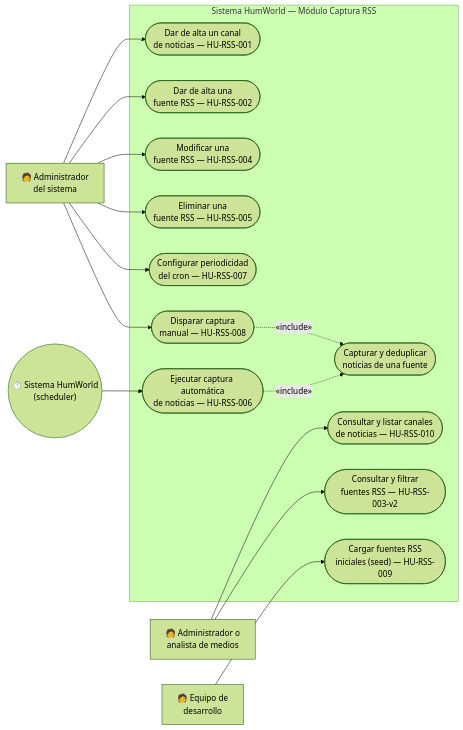
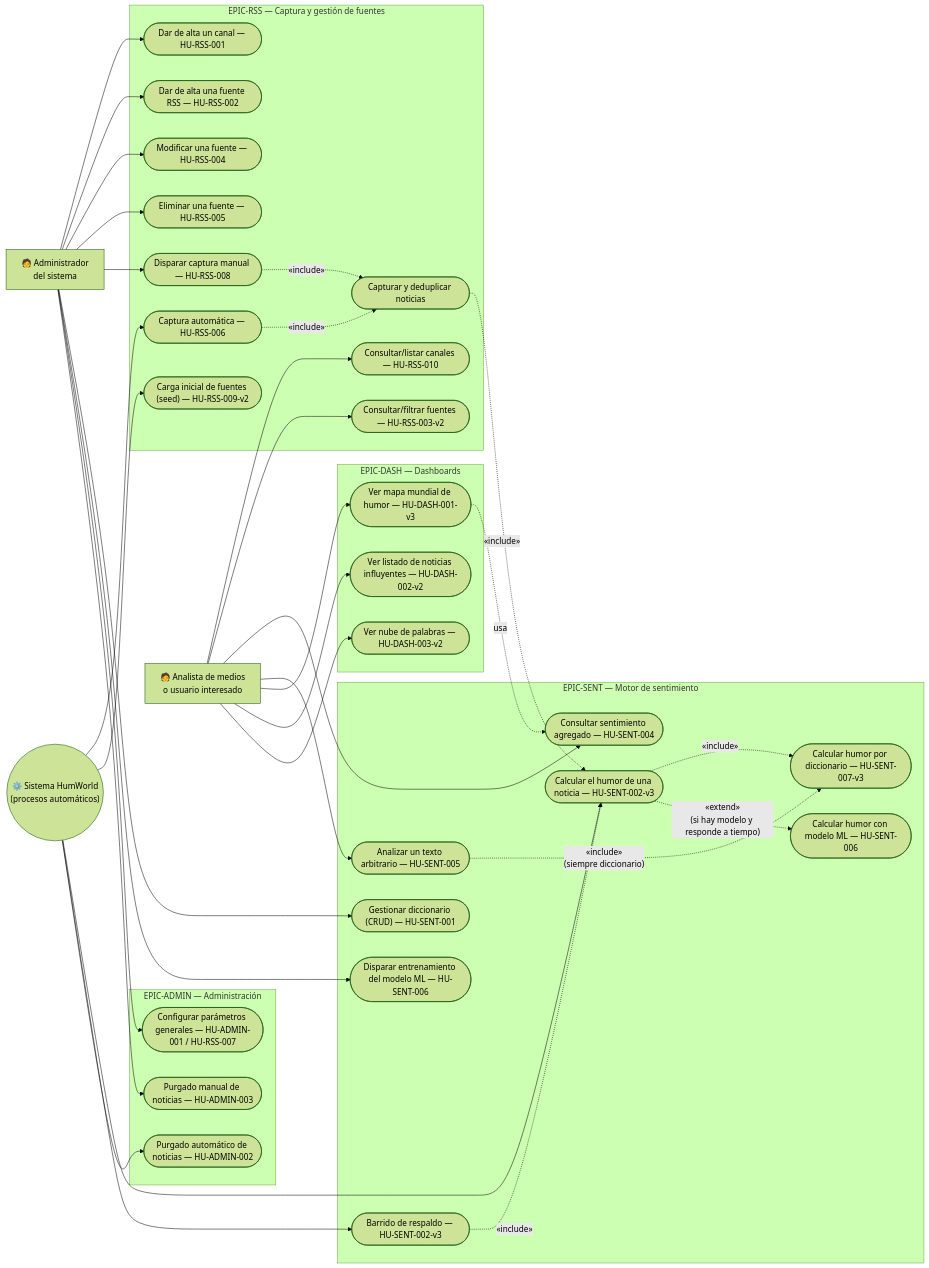
One commit to Lin0u/Equipo3-Humworld changed the diagram in docs/UML/diagrama-casos-de-uso.md. Above: the diagram before and after it, drawn with Mermaid (forest theme). The commit also changed other lines of this file and 24 other files, not shown here.

````diff
--- a/docs/UML/diagrama-casos-de-uso.md
+++ b/docs/UML/diagrama-casos-de-uso.md
@@ -19,35 +20,73 @@
 ```mermaid
 flowchart LR
     Admin["🧑 Administrador\ndel sistema"]
-    Analista["🧑 Administrador o\nanalista de medios"]
-    Cron(("⏱️ Sistema HumWorld\n(scheduler)"))
-    Dev["🧑 Equipo de\ndesarrollo"]
+    Analista["🧑 Analista de medios\no usuario interesado"]
+    Sistema(("⚙️ Sistema HumWorld\n(procesos automáticos)"))
 
-    subgraph SYS["Sistema HumWorld — Módulo Captura RSS"]
-        UC1(["Dar de alta un canal\nde noticias — HU-RSS-001"])
-        UC10(["Consultar y listar canales\nde noticias — HU-RSS-010"])
-        UC2(["Dar de alta una\nfuente RSS — HU-RSS-002"])
-        UC3(["Consultar y filtrar\nfuentes RSS — HU-RSS-003-v2"])
-        UC4(["Modificar una\nfuente RSS — HU-RSS-004"])
-        UC5(["Eliminar una\nfuente RSS — HU-RSS-005"])
-        UC7(["Configurar periodicidad\ndel cron — HU-RSS-007"])
-        UC8(["Disparar captura\nmanual — HU-RSS-008"])
-        UC6(["Ejecutar captura automática\nde noticias — HU-RSS-006"])
-        UC9(["Cargar fuentes RSS\niniciales (seed) — HU-RSS-009"])
-        UCcapt(["Capturar y deduplicar\nnoticias de una fuente"])
+    subgraph RSS["EPIC-RSS — Captura y gestión de fuentes"]
+        UC1(["Dar de alta un canal — HU-RSS-001"])
+        UC10(["Consultar/listar canales — HU-RSS-010"])
+        UC2(["Dar de alta una fuente RSS — HU-RSS-002"])
+        UC3(["Consultar/filtrar fuentes — HU-RSS-003-v2"])
+        UC4(["Modificar una fuente — HU-RSS-004"])
+        UC5(["Eliminar una fuente — HU-RSS-005"])
+        UC8(["Disparar captura manual — HU-RSS-008"])
+        UC6(["Captura automática — HU-RSS-006"])
+        UC9(["Carga inicial de fuentes (seed) — HU-RSS-009-v2"])
+        UCcapt(["Capturar y deduplicar noticias"])
+    end
+
+    subgraph SENT["EPIC-SENT — Motor de sentimiento"]
+        UCS1(["Gestionar diccionario (CRUD) — HU-SENT-001"])
+        UCS4(["Consultar sentimiento agregado — HU-SENT-004"])
+        UCS5(["Analizar un texto arbitrario — HU-SENT-005"])
+        UCS6(["Disparar entrenamiento del modelo ML — HU-SENT-006"])
+        UCS2(["Calcular el humor de una noticia — HU-SENT-002-v3"])
+        UCBarrido(["Barrido de respaldo — HU-SENT-002-v3"])
+        UCDicc(["Calcular humor por diccionario — HU-SENT-007-v3"])
+        UCML(["Calcular humor con modelo ML — HU-SENT-006"])
+    end
+
+    subgraph DASH["EPIC-DASH — Dashboards"]
+        UCD1(["Ver mapa mundial de humor — HU-DASH-001-v3"])
+        UCD2(["Ver listado de noticias influyentes — HU-DASH-002-v2"])
+        UCD3(["Ver nube de palabras — HU-DASH-003-v2"])
+    end
+
+    subgraph ADMIN["EPIC-ADMIN — Administración"]
+        UCA1(["Configurar parámetros generales — HU-ADMIN-001 / HU-RSS-007"])
+        UCA2(["Purgado automático de noticias — HU-ADMIN-002"])
+        UCA3(["Purgado manual de noticias — HU-ADMIN-003"])
     end
 
     Admin --> UC1
     Admin --> UC2
     Admin --> UC4
     Admin --> UC5
-    Admin --> UC7
     Admin --> UC8
+    Admin --> UCS1
+    Admin --> UCS6
+    Admin --> UCA1
+    Admin --> UCA3
     Analista --> UC10
     Analista --> UC3
-    Cron --> UC6
-    Dev --> UC9
+    Analista --> UCS4
+    Analista --> UCS5
+    Analista --> UCD1
+    Analista --> UCD2
+    Analista --> UCD3
+    Sistema --> UC6
+    Sistema --> UC9
+    Sistema --> UCS2
+    Sistema --> UCBarrido
+    Sistema --> UCA2
 
     UC6 -. "«include»" .-> UCcapt
     UC8 -. "«include»" .-> UCcapt
+    UCcapt -. "«include»" .-> UCS2
+    UCS2 -. "«include»" .-> UCDicc
+    UCS2 -. "«extend»\n(si hay modelo y responde a tiempo)" .-> UCML
+    UCS5 -. "«include»\n(siempre diccionario)" .-> UCDicc
+    UCBarrido -. "«include»" .-> UCS2
+    UCD1 -. "usa" .-> UCS4
 ```
````
